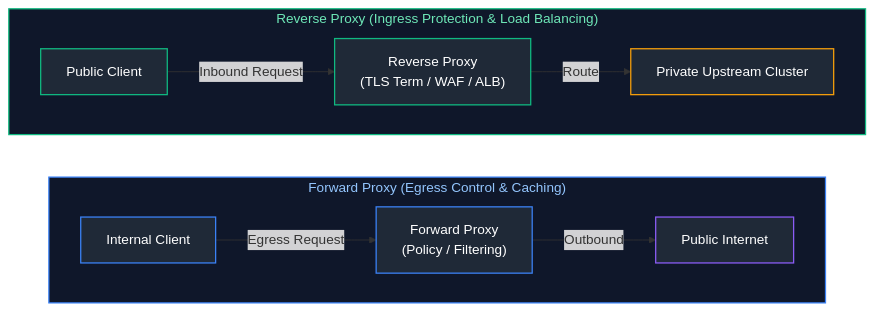
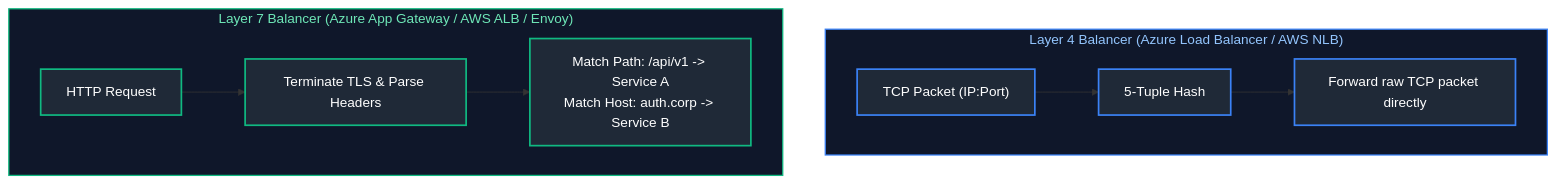
Diagram 11 of 13 in Cloud Engineering/02_networking_fundamentals.md (joydeep-biswas/Interview-Preparation), drawn with Mermaid before and after one commit. The commit also changed other lines of this file and 143 other files, not shown here.

````diff
--- a/Cloud Engineering/02_networking_fundamentals.md
+++ b/Cloud Engineering/02_networking_fundamentals.md
@@ -324,20 +618,22 @@
 ```mermaid
-flowchart LR
-    subgraph ForwardProxyFlow ["Forward Proxy (Egress Control & Caching)"]
+flowchart TD
+    subgraph L4 ["Layer 4 Balancer (Azure Load Balancer / AWS NLB)"]
         direction LR
-        C1["Internal Client"] -->|"Egress Request"| FP["Forward Proxy<br/>(Policy / Filtering)"] -->|"Outbound"| Internet["Public Internet"]
-    end
-    subgraph ReverseProxyFlow ["Reverse Proxy (Ingress Protection & Load Balancing)"]
-        direction LR
-        C2["Public Client"] -->|"Inbound Request"| RP["Reverse Proxy<br/>(TLS Term / WAF / ALB)"] -->|"Route"| Cluster["Private Upstream Cluster"]
+        Pkt["TCP Packet (IP:Port)"] --> Hash["5-Tuple Hash"] --> Backend["Forward raw TCP packet directly"]
     end
 
-    style ForwardProxyFlow fill:#0f172a,stroke:#3b82f6,stroke-width:1.5px,color:#93c5fd
-    style ReverseProxyFlow fill:#0f172a,stroke:#10b981,stroke-width:1.5px,color:#6ee7b7
-    style C1 fill:#1f2937,stroke:#3b82f6,stroke-width:1.5px,color:#fff
-    style FP fill:#1f2937,stroke:#3b82f6,stroke-width:1.5px,color:#fff
-    style Internet fill:#1f2937,stroke:#8b5cf6,stroke-width:1.5px,color:#fff
-    style C2 fill:#1f2937,stroke:#10b981,stroke-width:1.5px,color:#fff
-    style RP fill:#1f2937,stroke:#10b981,stroke-width:1.5px,color:#fff
-    style Cluster fill:#1f2937,stroke:#f59e0b,stroke-width:1.5px,color:#fff
+    subgraph L7 ["Layer 7 Balancer (Azure App Gateway / AWS ALB / Envoy)"]
+        direction LR
+        Req["HTTP Request"] --> Term["Terminate TLS & Parse Headers"]
+        Term --> Route["Match Path: /api/v1 -> Service A<br/>Match Host: auth.corp -> Service B"]
+    end
+
+    style L4 fill:#0f172a,stroke:#3b82f6,stroke-width:1.5px,color:#93c5fd
+    style L7 fill:#0f172a,stroke:#10b981,stroke-width:1.5px,color:#6ee7b7
+    style Pkt fill:#1f2937,stroke:#3b82f6,stroke-width:2px,color:#fff
+    style Hash fill:#1f2937,stroke:#3b82f6,stroke-width:2px,color:#fff
+    style Backend fill:#1f2937,stroke:#3b82f6,stroke-width:2px,color:#fff
+    style Req fill:#1f2937,stroke:#10b981,stroke-width:2px,color:#fff
+    style Term fill:#1f2937,stroke:#10b981,stroke-width:2px,color:#fff
+    style Route fill:#1f2937,stroke:#10b981,stroke-width:2px,color:#fff
 ```
````
